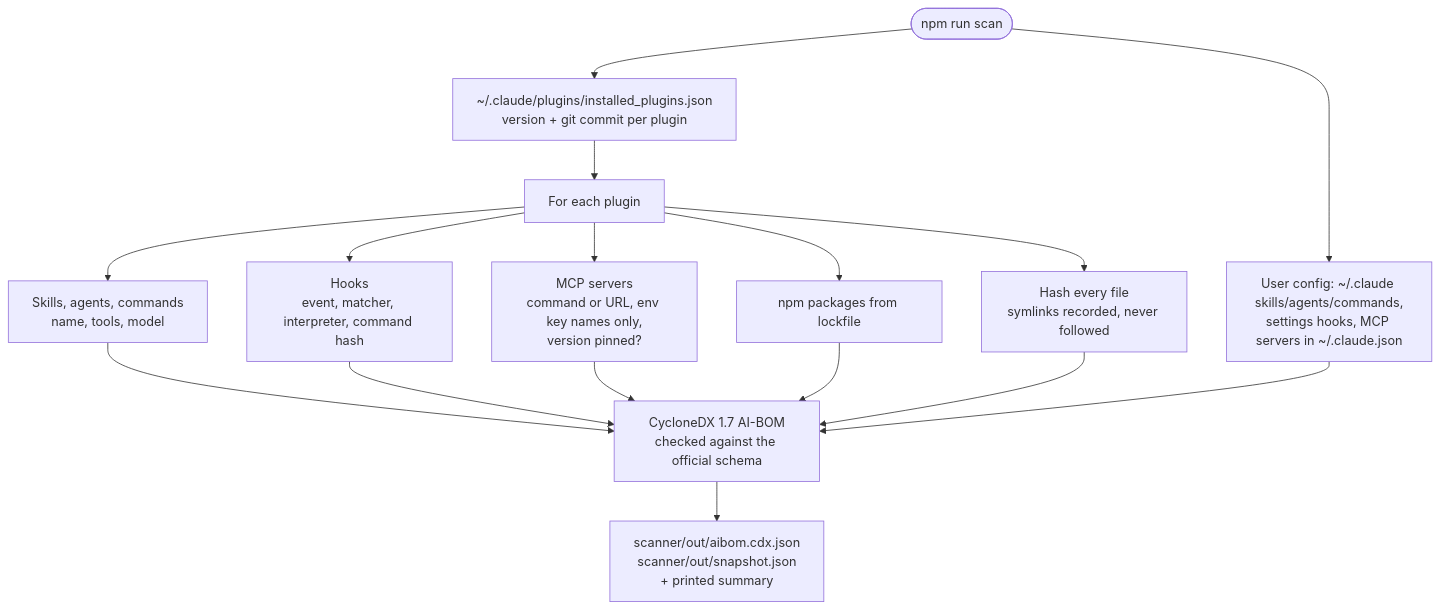
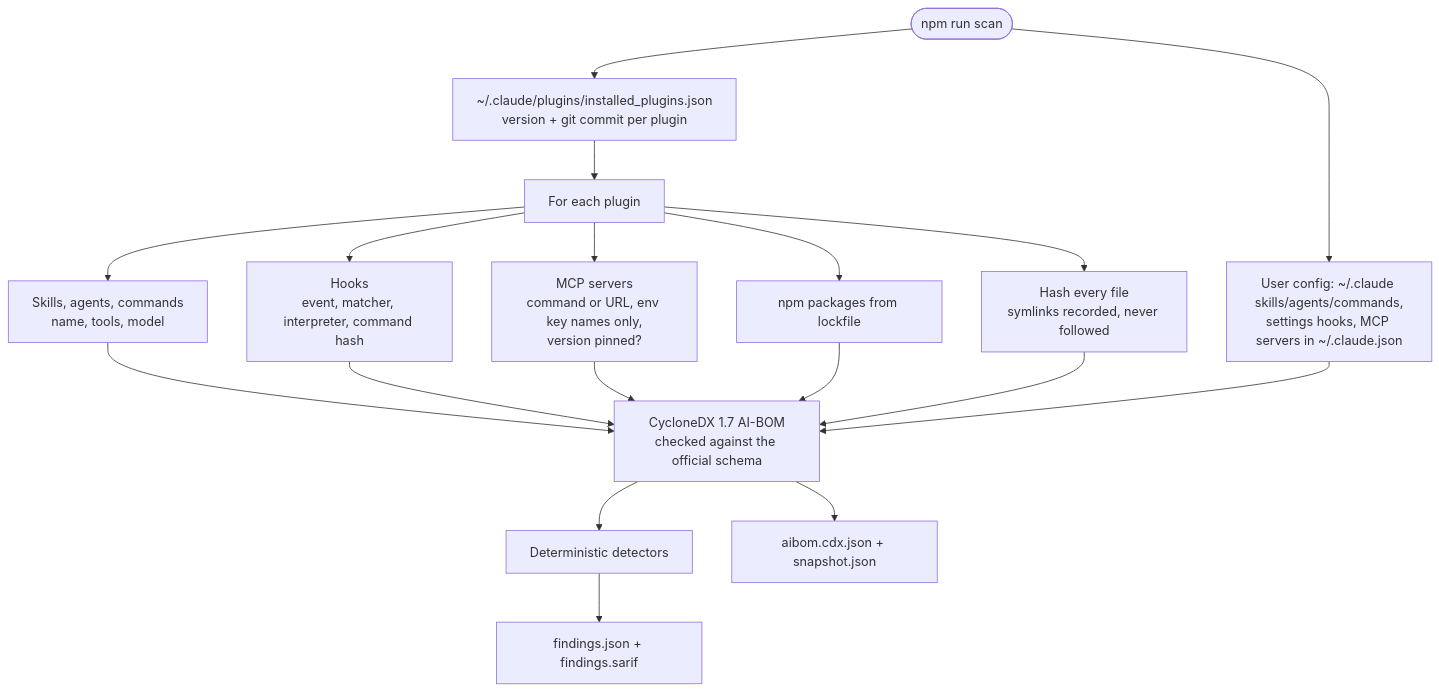
One commit to saifullah-N/cronenberg changed the fourth of 4 diagrams in README.md. Above: the diagram before and after it, drawn with Mermaid. The commit also changed other lines of this file and 1 other file, not shown here.

````diff
--- a/README.md
+++ b/README.md
@@ -64,13 +73,15 @@
 ```mermaid
 flowchart TD
     start([npm run scan]) --> ip[~/.claude/plugins/installed_plugins.json<br/>version + git commit per plugin]
     ip --> each[For each plugin]
     each --> docs[Skills, agents, commands<br/>name, tools, model]
     each --> hooks[Hooks<br/>event, matcher, interpreter, command hash]
     each --> mcp[MCP servers<br/>command or URL, env key names only,<br/>version pinned?]
     each --> npm[npm packages from lockfile]
     each --> hash[Hash every file<br/>symlinks recorded, never followed]
     start --> user[User config: ~/.claude skills/agents/commands,<br/>settings hooks, MCP servers in ~/.claude.json]
     docs & hooks & mcp & npm & hash & user --> bom[CycloneDX 1.7 AI-BOM<br/>checked against the official schema]
-    bom --> out[scanner/out/aibom.cdx.json<br/>scanner/out/snapshot.json<br/>+ printed summary]
+    bom --> findings[Deterministic detectors]
+    bom --> out[aibom.cdx.json + snapshot.json]
+    findings --> fout[findings.json + findings.sarif]
 ```
````
